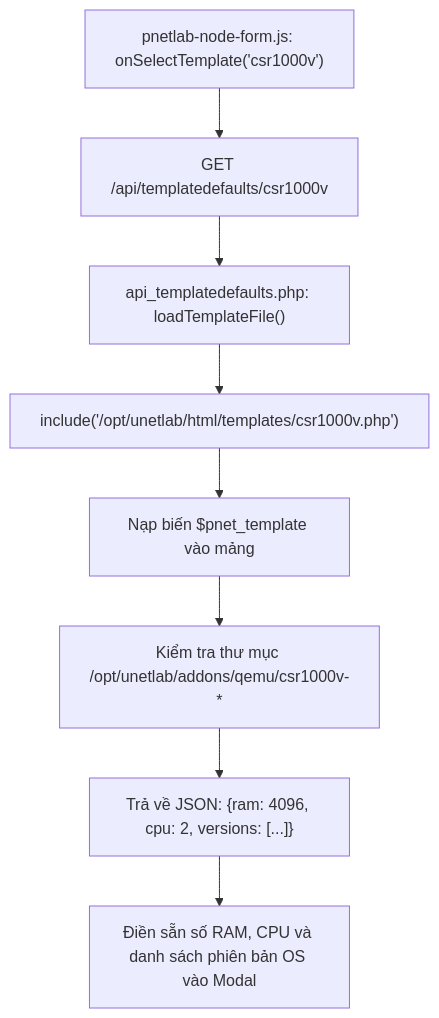
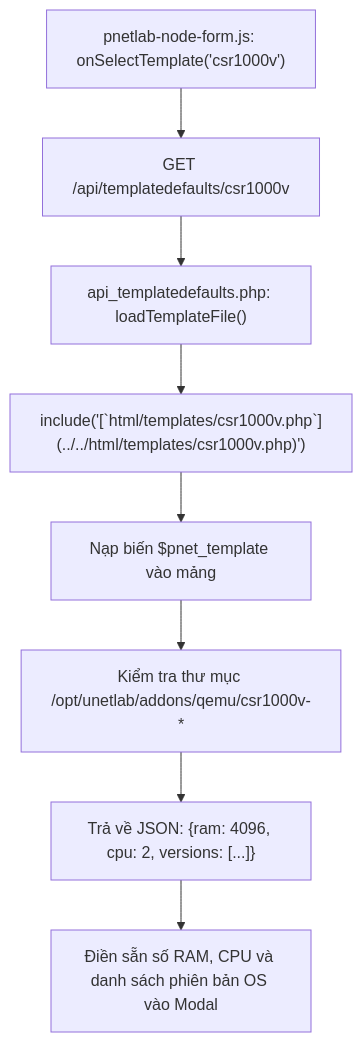
One commit to Luuxinhxinh/pnet-v8 changed the diagram in docs/03-diagrams/f48-device-templates-schema-callgraph.md. Above: the diagram before and after it, drawn with Mermaid. The commit also changed 92 other files, not shown here.

````diff
--- a/docs/03-diagrams/f48-device-templates-schema-callgraph.md
+++ b/docs/03-diagrams/f48-device-templates-schema-callgraph.md
@@ -9,10 +9,10 @@
 ```mermaid
 graph TD
     FORM_OPEN["pnetlab-node-form.js: onSelectTemplate('csr1000v')"] --> GET_API["GET /api/templatedefaults/csr1000v"]
     GET_API --> SCANNER["api_templatedefaults.php: loadTemplateFile()"]
-    SCANNER --> INCLUDE_PHP["include('/opt/unetlab/html/templates/csr1000v.php')"]
+    SCANNER --> INCLUDE_PHP["include('[`html/templates/csr1000v.php`](../../html/templates/csr1000v.php)')"]
     INCLUDE_PHP --> POPULATE["Nạp biến $pnet_template vào mảng"]
     POPULATE --> CHECK_IMAGE["Kiểm tra thư mục /opt/unetlab/addons/qemu/csr1000v-*"]
     CHECK_IMAGE --> RESP_JSON["Trả về JSON: {ram: 4096, cpu: 2, versions: [...]}"]
     RESP_JSON --> POPULATE_FORM["Điền sẵn số RAM, CPU và danh sách phiên bản OS vào Modal"]
 ```
````
